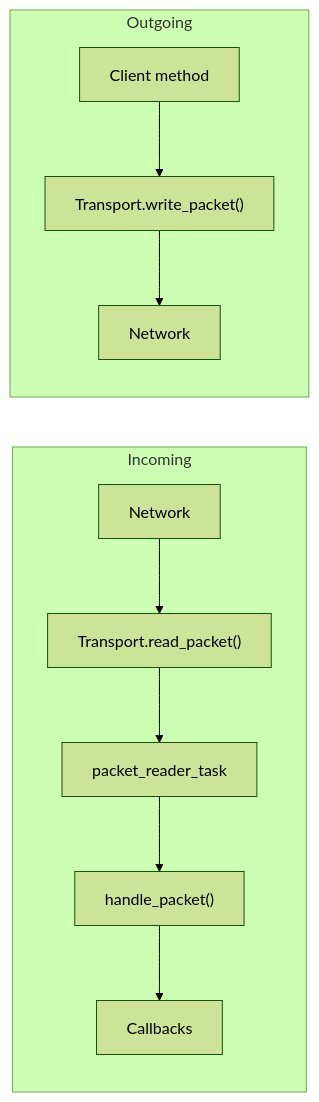
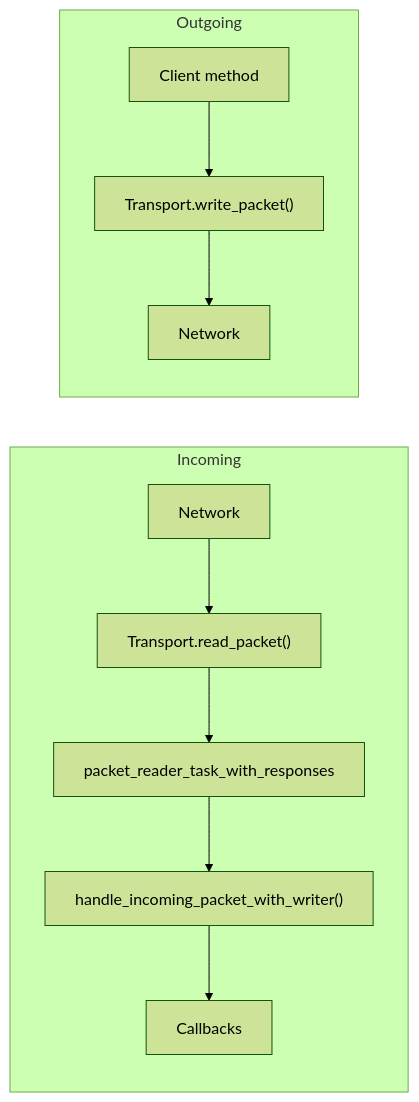
Before and after one commit to LabOverWire/mqtt-lib: the second of 5 diagrams in ARCHITECTURE.md, drawn with Mermaid (forest theme). The commit also changed other lines of this file and 49 other files, not shown here.

````diff
--- a/ARCHITECTURE.md
+++ b/ARCHITECTURE.md
@@ -107,10 +107,10 @@
 ```mermaid
 graph LR
     subgraph Incoming
-        N1[Network] --> read["Transport.read_packet()"] --> reader["packet_reader_task"] --> handle["handle_packet()"] --> CB[Callbacks]
+        N1[Network] --> read["Transport.read_packet()"] --> reader["packet_reader_task_with_responses"] --> handle["handle_incoming_packet_with_writer()"] --> CB[Callbacks]
     end
 
     subgraph Outgoing
         CM["Client method"] --> write["Transport.write_packet()"] --> N2[Network]
     end
 ```
````
